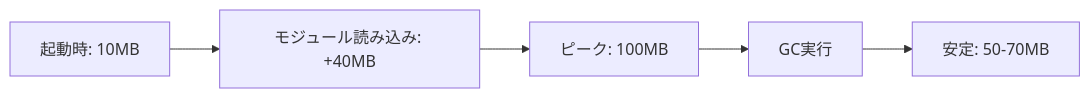
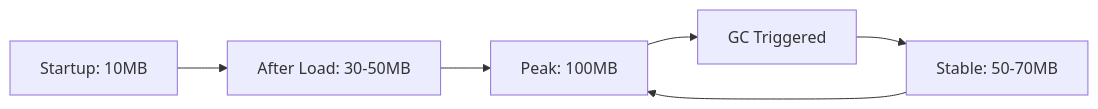
The ninth of 12 diagrams in docs/NODE-RUNTIME.md (Stasshe/Pyxis-CodeCanvas), drawn with Mermaid before and after one commit. The commit also changed other lines of this file, not shown here.

````diff
--- a/docs/NODE-RUNTIME.md
+++ b/docs/NODE-RUNTIME.md
@@ -588,13 +616,14 @@
 ```mermaid
 graph LR
-    Init[起動時: 10MB]
-    Load[モジュール読み込み: +40MB]
-    Peak[ピーク: 100MB]
-    GC[GC実行]
-    Stable[安定: 50-70MB]
+    Init[Startup: 10MB]
+    Load[After Load: 30-50MB]
+    Peak[Peak: 100MB]
+    GC[GC Triggered]
+    Stable[Stable: 50-70MB]
     
     Init --> Load
     Load --> Peak
     Peak --> GC
     GC --> Stable
+    Stable --> Peak
 ```
````
